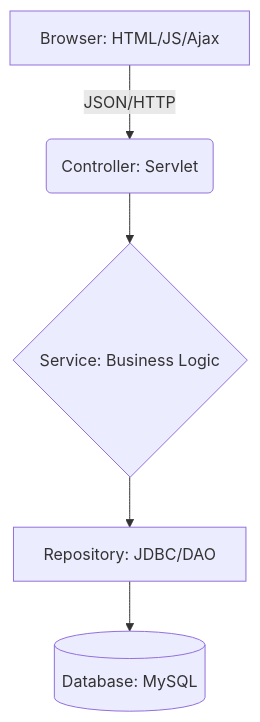
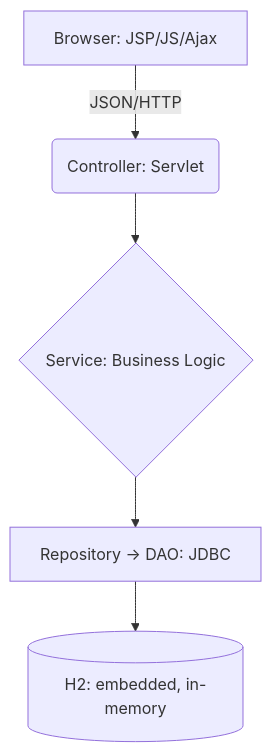
One commit to phuchoang2005/auth-servlet changed the diagram in README.md. Above: the diagram before and after it, drawn with Mermaid. The commit also changed other lines of this file and 15 other files, not shown here.

````diff
--- a/README.md
+++ b/README.md
@@ -38,7 +43,7 @@
 ```mermaid
 graph TD
-    A[Browser: HTML/JS/Ajax] -->|JSON/HTTP| B(Controller: Servlet)
+    A[Browser: JSP/JS/Ajax] -->|JSON/HTTP| B(Controller: Servlet)
     B --> C{Service: Business Logic}
-    C --> D[Repository: JDBC/DAO]
-    D --> E[(Database: MySQL)]
+    C --> D[Repository → DAO: JDBC]
+    D --> E[(H2: embedded, in-memory)]
 ```
````
